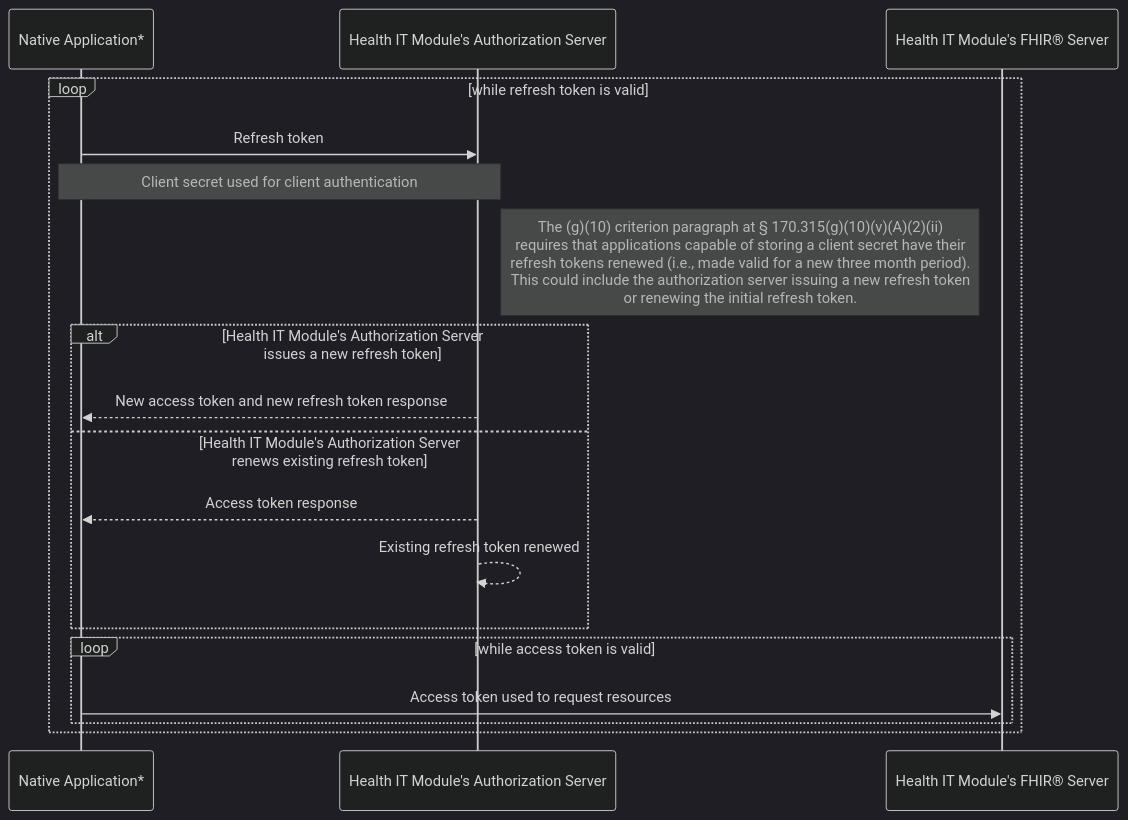
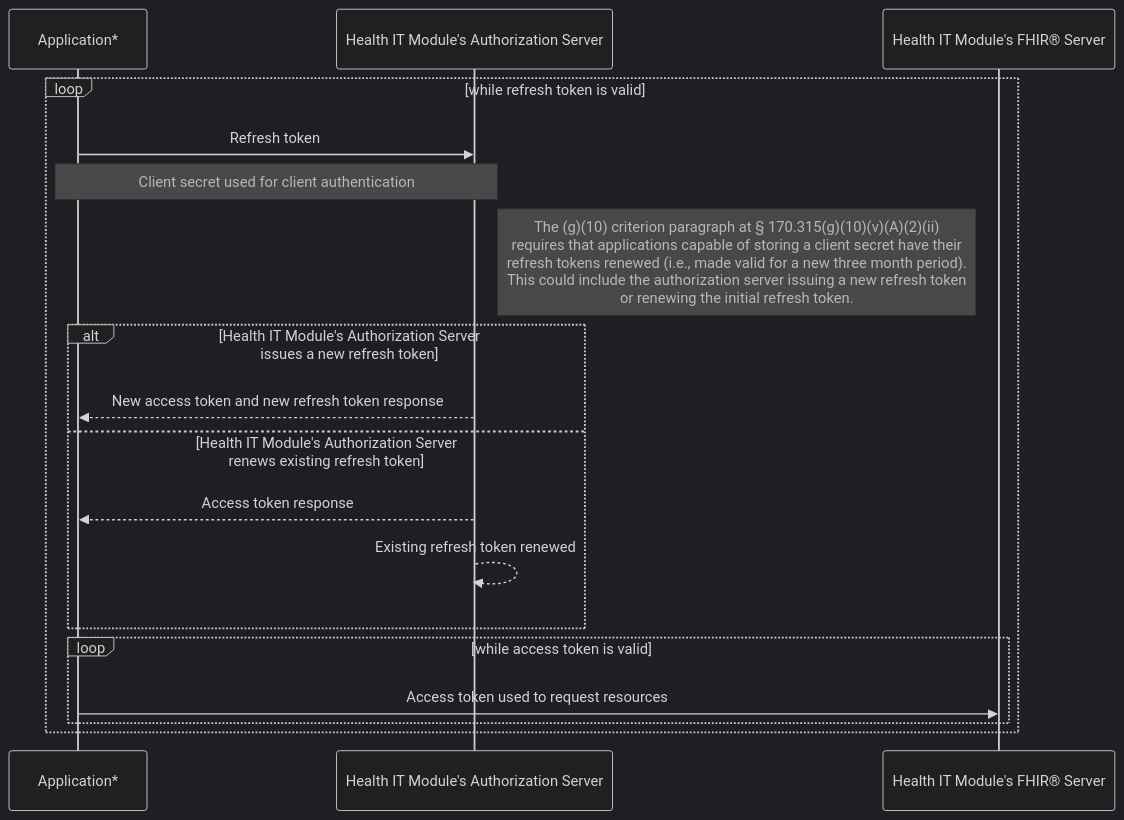
One commit to onc-healthit/api-resource-guide changed the second of 5 diagrams in docs/g10-criterion.md. Above: the diagram before and after it, drawn with Mermaid (dark theme). The commit also changed other lines of this file, not shown here.

````diff
--- a/docs/g10-criterion.md
+++ b/docs/g10-criterion.md
@@ -379,21 +380,21 @@
 	``` mermaid
 		sequenceDiagram
-			participant app as Native Application*
+			participant app as Application*
 			participant authz as Health IT Module's Authorization Server
 			participant fhir as Health IT Module's FHIR® Server
 
 			loop while refresh token is valid
 			app ->> authz: Refresh token
 			note over app,authz: Client secret used for client authentication
 			note right of authz: The (g)(10) criterion paragraph at § 170.315(g)(10)(v)(A)(2)(ii) <br/> requires that applications capable of storing a client secret have their <br/> refresh tokens renewed (i.e., made valid for a new three month period). <br/> This could include the authorization server issuing a new refresh token <br/> or renewing the initial refresh token.
 			alt Health IT Module's Authorization Server issues a new refresh token
 				authz -->> app: New access token and new refresh token response
 			else Health IT Module's Authorization Server renews existing refresh token
 				authz -->> app: Access token response
 				authz -->> authz: Existing refresh token renewed
 			end
 			loop while access token is valid
 				app ->> fhir: Access token used to request resources
 			end
 			end
 	```
````
